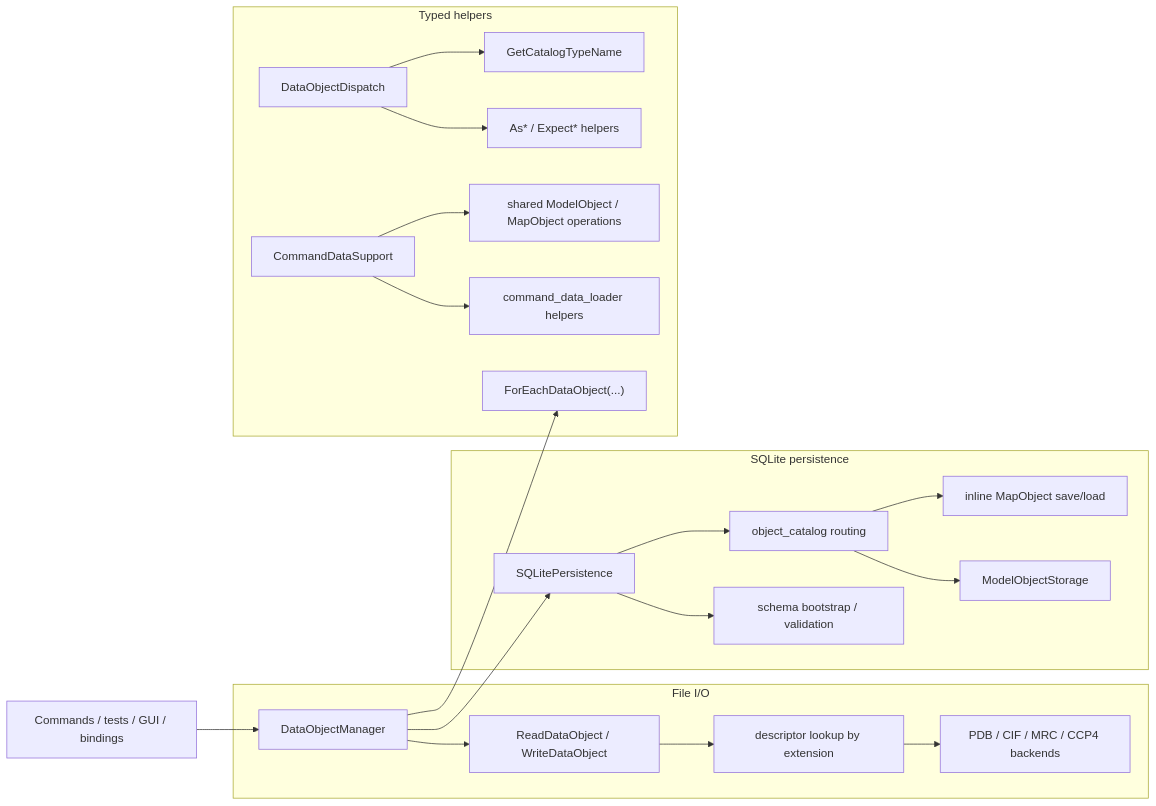
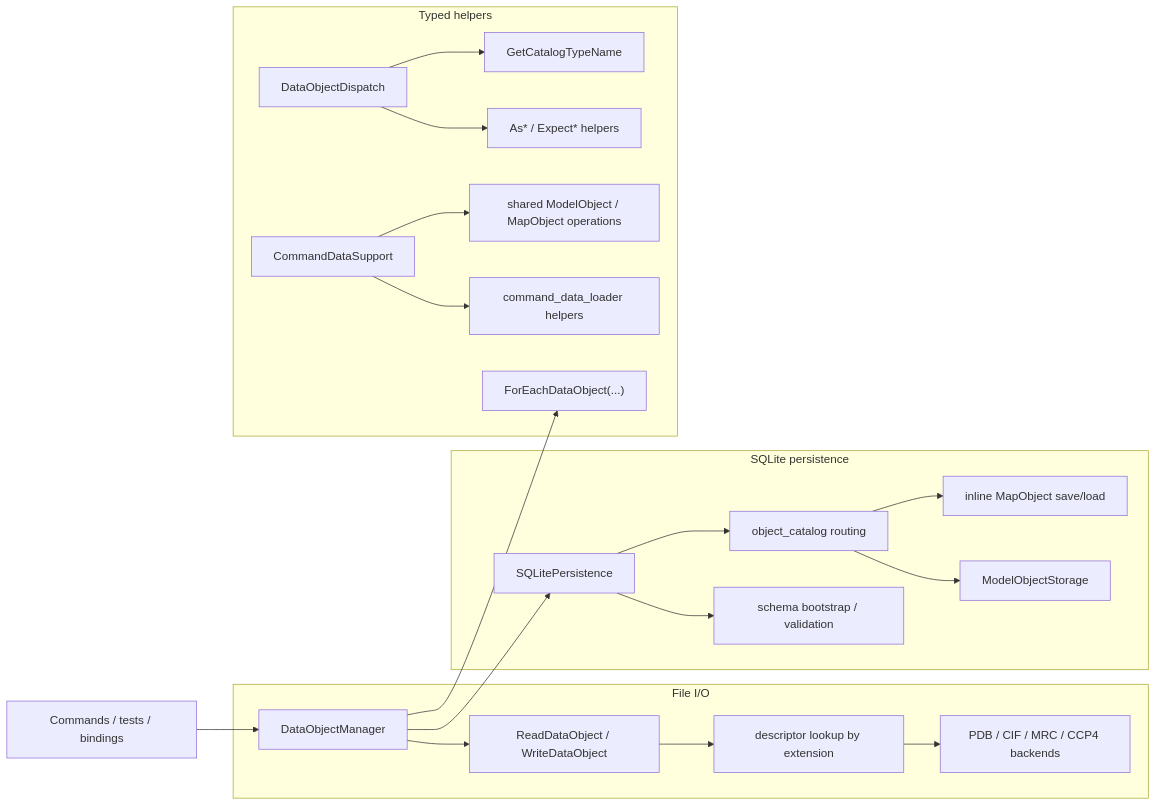
One commit to yslianTim/rhbm_gem changed the diagram in docs/developer/architecture/dataobject-io-architecture.md. Above: the diagram before and after it, drawn with Mermaid. The commit also changed 13 other files, not shown here.

````diff
--- a/docs/developer/architecture/dataobject-io-architecture.md
+++ b/docs/developer/architecture/dataobject-io-architecture.md
@@ -43,26 +43,26 @@
 ```mermaid
 flowchart LR
-    A["Commands / tests / GUI / bindings"] --> B["DataObjectManager"]
+    A["Commands / tests / bindings"] --> B["DataObjectManager"]
 
     subgraph F["File I/O"]
       B --> C["ReadDataObject / WriteDataObject"]
       C --> D["descriptor lookup by extension"]
       D --> E["PDB / CIF / MRC / CCP4 backends"]
     end
 
     subgraph P["SQLite persistence"]
       B --> H["SQLitePersistence"]
       H --> I["schema bootstrap / validation"]
       H --> J["object_catalog routing"]
       J --> K["ModelObjectStorage"]
       J --> L["inline MapObject save/load"]
     end
 
     subgraph T["Typed helpers"]
       B --> M["ForEachDataObject(...)"]
       N["DataObjectDispatch"] --> N1["As* / Expect* helpers"]
       N --> N2["GetCatalogTypeName"]
       O["CommandDataSupport"] --> O1["command_data_loader helpers"]
       O --> O2["shared ModelObject / MapObject operations"]
     end
 ```
````
